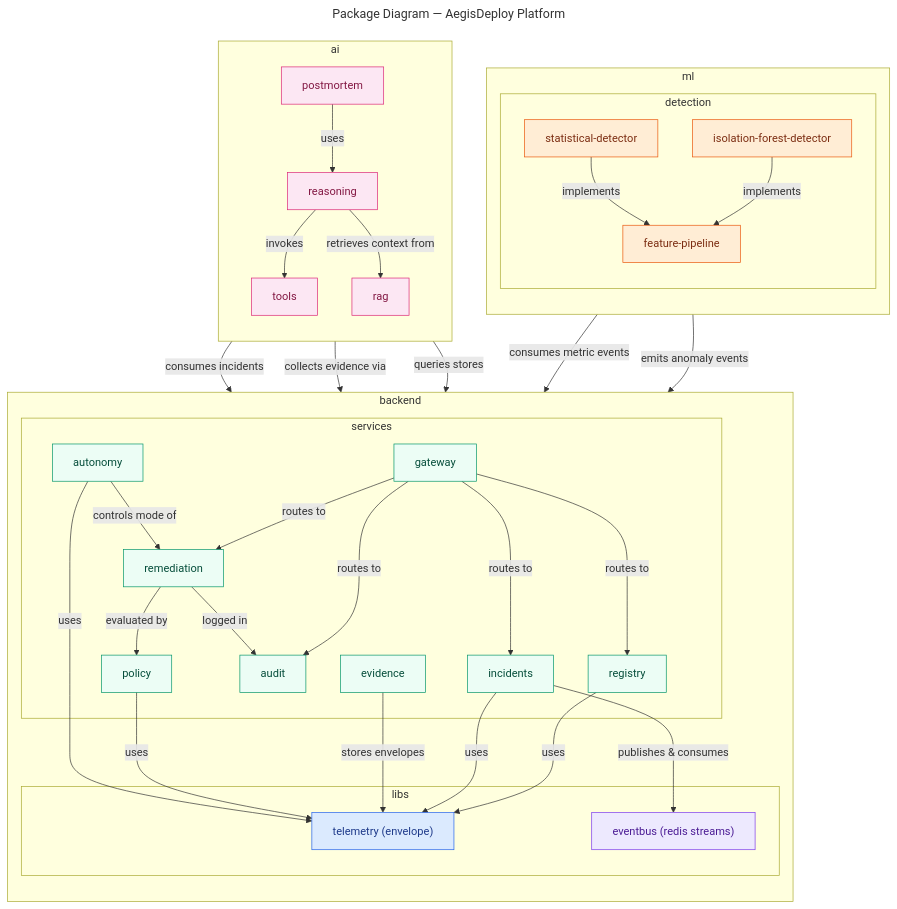
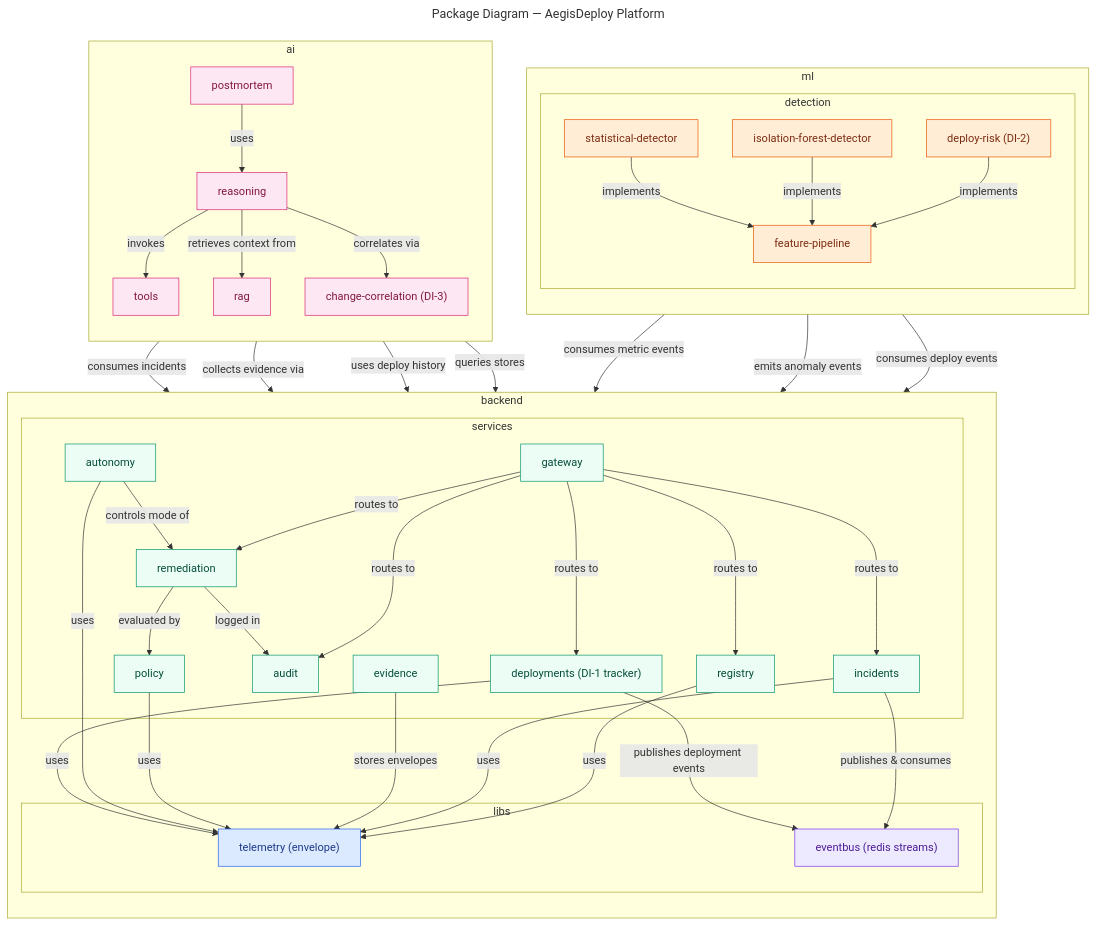
One commit to Lucifer-Newstar/AegisDeploy changed the diagram in docs/architecture/uml/package-diagram-platform.md. Above: the diagram before and after it, drawn with Mermaid. The commit also changed other lines of this file and 9 other files, not shown here.

First line of the commit message:
docs(architecture): update UML structural set for Deployment Intelligence

````diff
--- a/docs/architecture/uml/package-diagram-platform.md
+++ b/docs/architecture/uml/package-diagram-platform.md
@@ -24,6 +24,7 @@
             POLICY["policy"]
             AUDIT["audit"]
             AUTONOMY["autonomy"]
+            DEPLOY["deployments (DI-1 tracker)"]
         end
         subgraph LIBS["libs"]
             TELEMETRY["telemetry (envelope)"]
@@ -40,6 +41,7 @@
             FEATURES["feature-pipeline"]
             STAT["statistical-detector"]
             ISO["isolation-forest-detector"]
+            RISK["deploy-risk (DI-2)"]
         end
     end
 
@@ -52,6 +54,7 @@
         RAG["rag"]
         TOOLS["tools"]
         POSTMORTEM["postmortem"]
+        CORR["change-correlation (DI-3)"]
     end
 
     %% ═══════════════════════════════════════════════════════
@@ -61,6 +64,7 @@
     GATEWAY -->|routes to| INCIDENTS
     GATEWAY -->|routes to| REMEDIATION
     GATEWAY -->|routes to| AUDIT
+    GATEWAY -->|routes to| DEPLOY
 
     REGISTRY -->|uses| TELEMETRY
     INCIDENTS -->|uses| TELEMETRY
@@ -71,16 +75,22 @@
     POLICY -->|uses| TELEMETRY
     AUTONOMY -->|controls mode of| REMEDIATION
     AUTONOMY -->|uses| TELEMETRY
+    DEPLOY -->|publishes deployment events| EVENTBUS
+    DEPLOY -->|uses| TELEMETRY
 
     STAT -->|implements| FEATURES
     ISO -->|implements| FEATURES
+    RISK -->|implements| FEATURES
     FEATURES -->|consumes metric events| EVENTBUS
     FEATURES -->|emits anomaly events| EVENTBUS
+    RISK -->|consumes deploy events| EVENTBUS
 
     REASON -->|consumes incidents| EVENTBUS
     REASON -->|invokes| TOOLS
     REASON -->|retrieves context from| RAG
     REASON -->|collects evidence via| EVIDENCE
+    REASON -->|correlates via| CORR
+    CORR -->|uses deploy history| DEPLOY
     TOOLS -->|queries stores| TELEMETRY
     POSTMORTEM -->|uses| REASON
 
@@ -94,7 +104,7 @@
     classDef ai fill:#fce7f3,stroke:#db2777,color:#831843;
     class TELEMETRY telemetry;
     class EVENTBUS eventlayer;
-    class GATEWAY,REGISTRY,INCIDENTS,EVIDENCE,REMEDIATION,POLICY,AUDIT,AUTONOMY domain;
-    class FEATURES,STAT,ISO ml;
-    class REASON,RAG,TOOLS,POSTMORTEM ai;
+    class GATEWAY,REGISTRY,INCIDENTS,EVIDENCE,REMEDIATION,POLICY,AUDIT,AUTONOMY,DEPLOY domain;
+    class FEATURES,STAT,ISO,RISK ml;
+    class REASON,RAG,TOOLS,POSTMORTEM,CORR ai;
 ```
````
